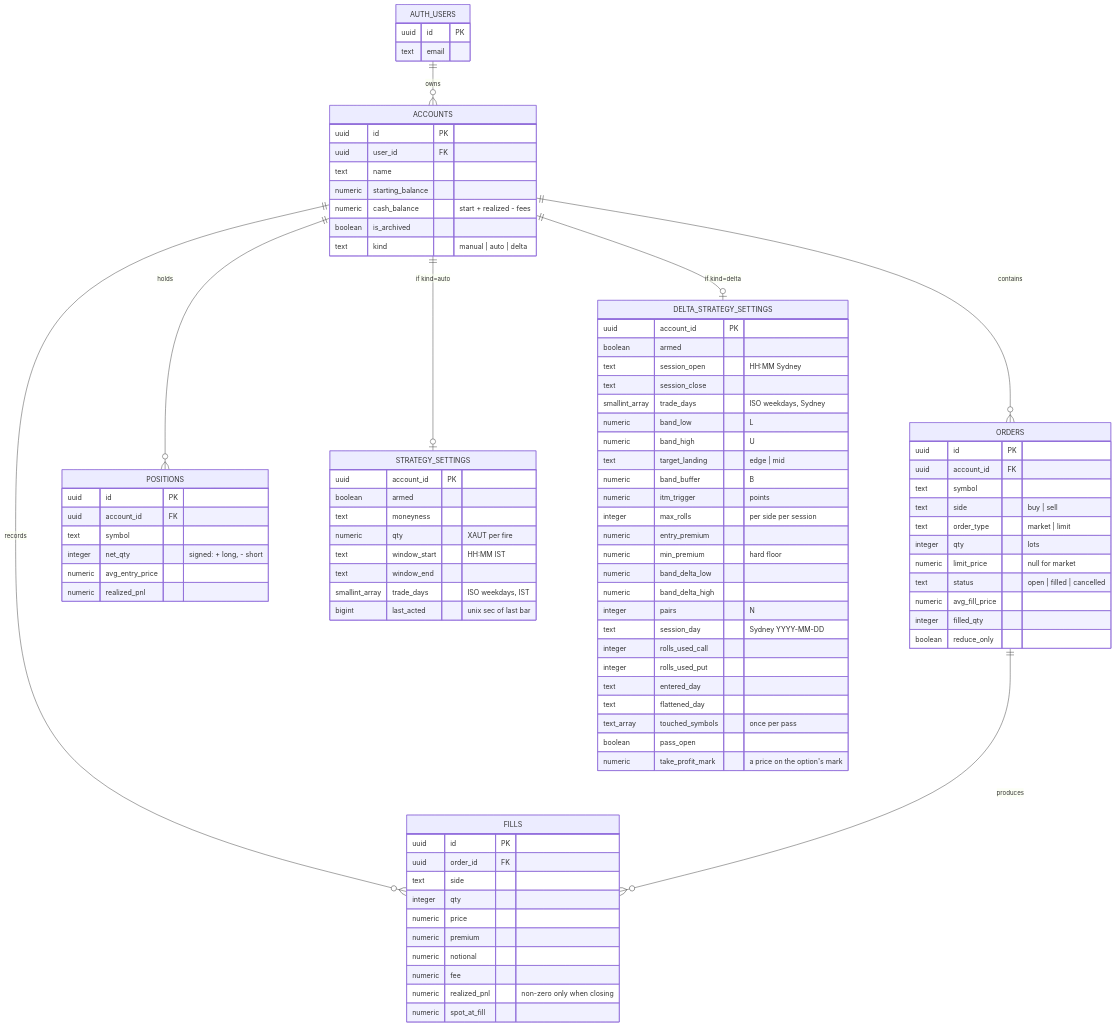
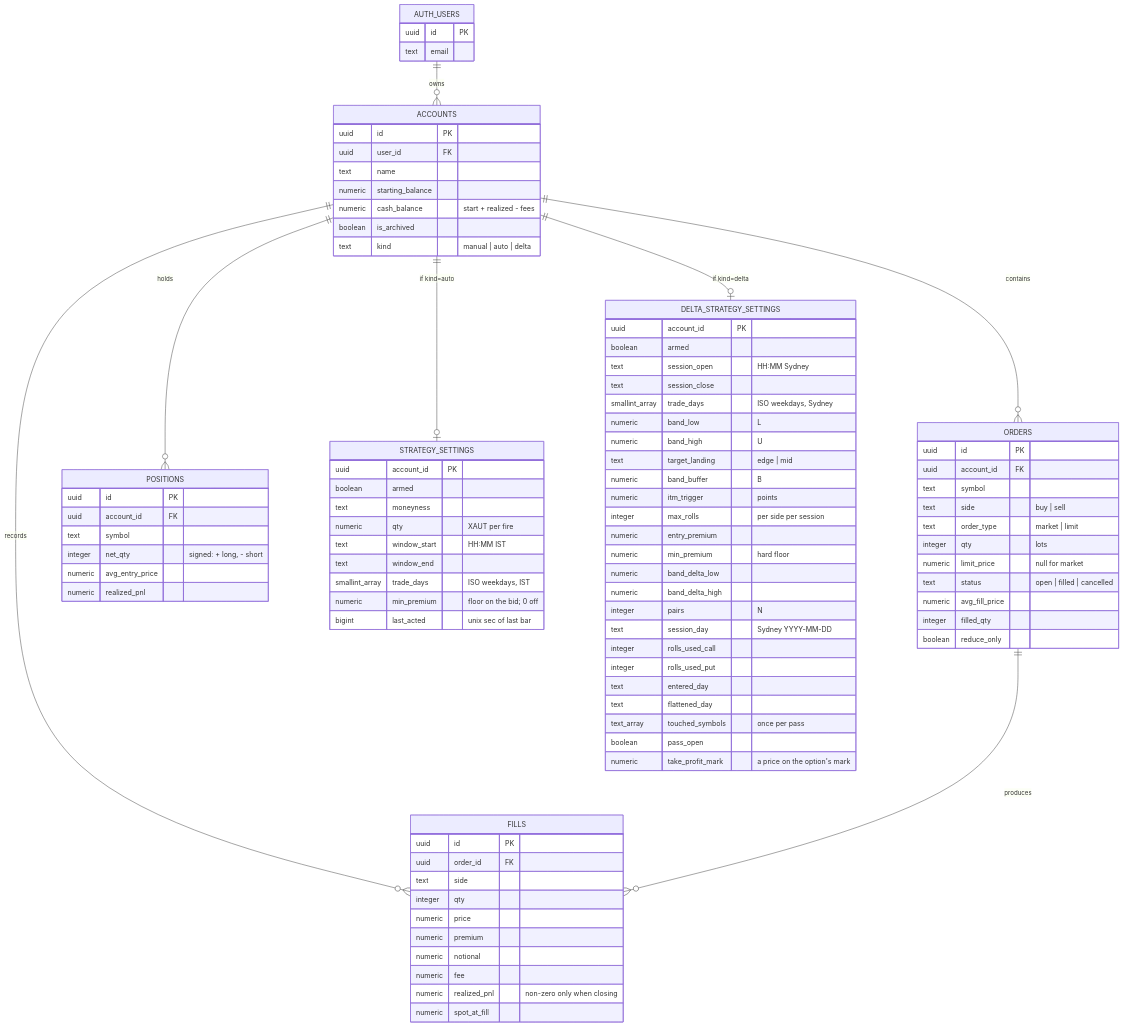
Before and after one commit to Vitti-Capital-Tech/XAUT-Options: the first of 6 diagrams in docs/LLD.md, drawn with Mermaid. The commit also changed other lines of this file and 6 other files, not shown here.

First line of the commit message:
Put a premium floor on the auto strategy's entries

```diff
--- a/docs/LLD.md
+++ b/docs/LLD.md
@@ -72,6 +72,7 @@
         text window_start "HH:MM IST"
         text window_end
         smallint_array trade_days "ISO weekdays, IST"
+        numeric min_premium "floor on the bid; 0 off"
         bigint last_acted "unix sec of last bar"
     }
     DELTA_STRATEGY_SETTINGS {
```
